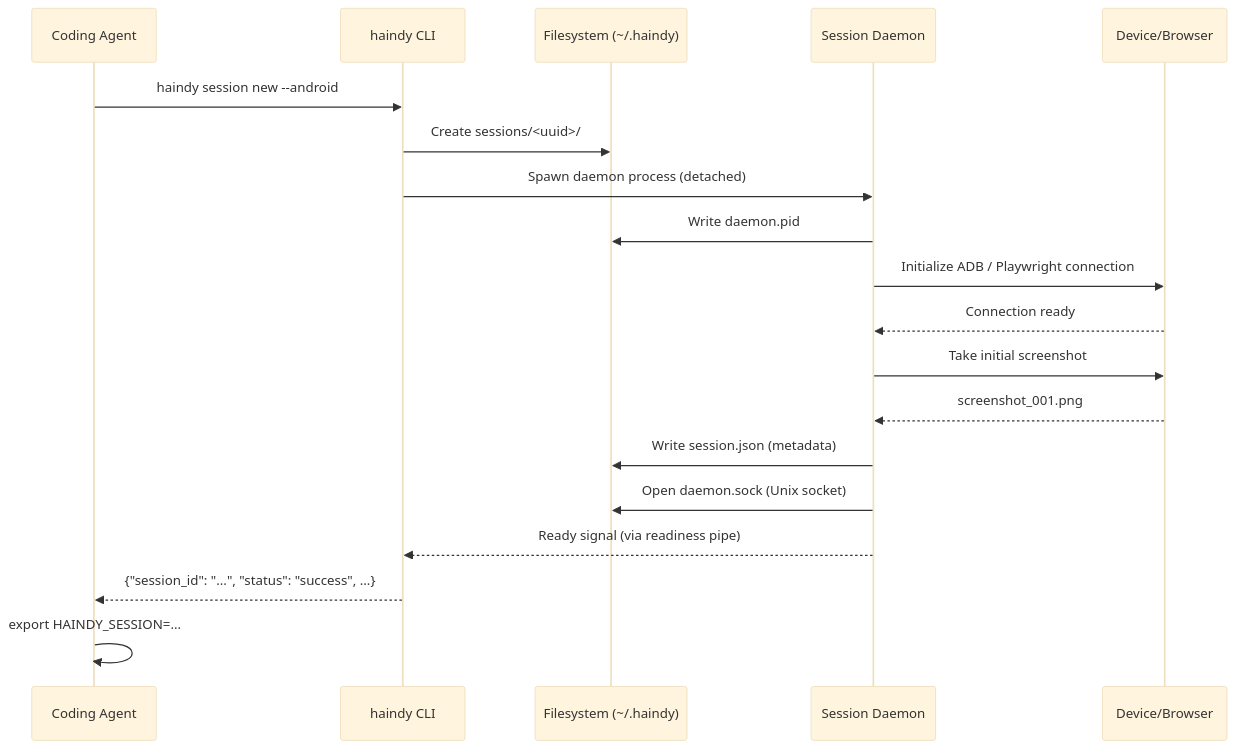
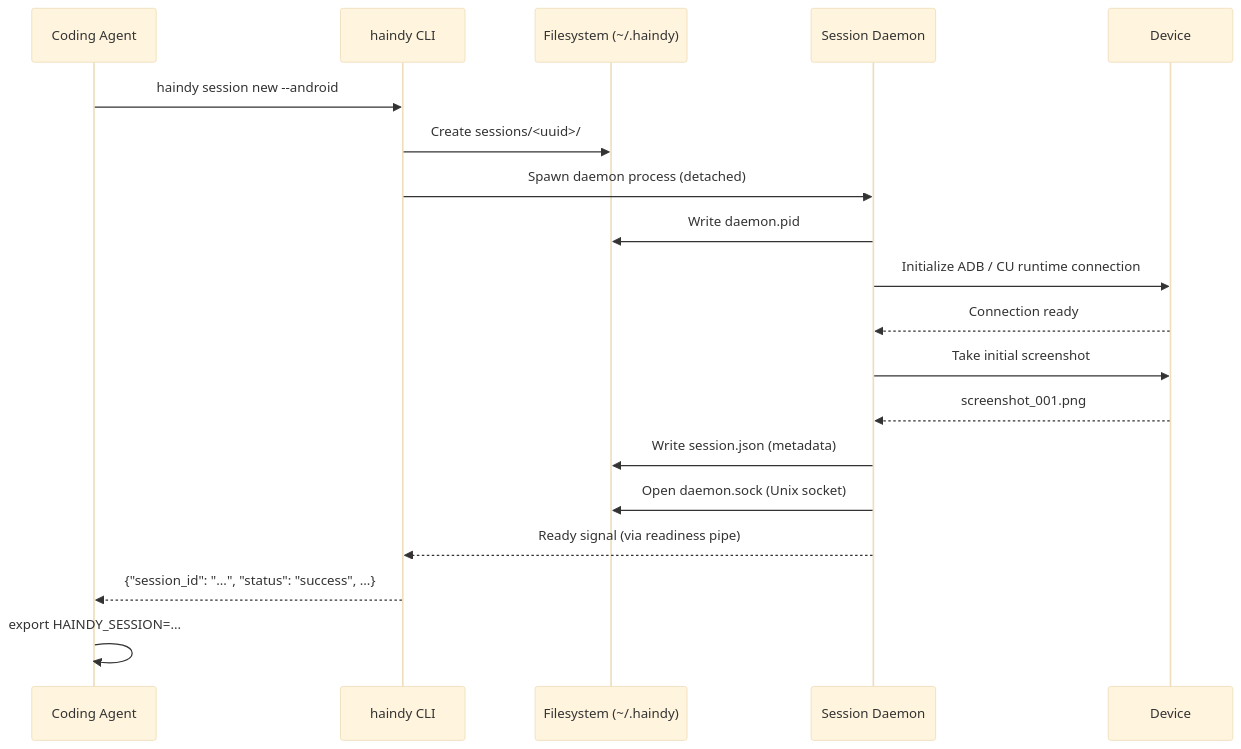
Before and after one commit to Haindy/haindy: the second of 4 diagrams in docs/design/tool-call-mode/SESSION_DAEMON.md, drawn with Mermaid (base theme). The commit also changed other lines of this file and 3 other files, not shown here.

````diff
--- a/docs/design/tool-call-mode/SESSION_DAEMON.md
+++ b/docs/design/tool-call-mode/SESSION_DAEMON.md
@@ -41,22 +41,22 @@
 ```mermaid
 sequenceDiagram
     participant CA as Coding Agent
     participant CLI as haindy CLI
     participant FS as Filesystem (~/.haindy)
     participant D as Session Daemon
-    participant DEV as Device/Browser
+    participant DEV as Device
 
     CA->>CLI: haindy session new --android
     CLI->>FS: Create sessions/<uuid>/
     CLI->>D: Spawn daemon process (detached)
     D->>FS: Write daemon.pid
-    D->>DEV: Initialize ADB / Playwright connection
+    D->>DEV: Initialize ADB / CU runtime connection
     DEV-->>D: Connection ready
     D->>DEV: Take initial screenshot
     DEV-->>D: screenshot_001.png
     D->>FS: Write session.json (metadata)
     D->>FS: Open daemon.sock (Unix socket)
     D-->>CLI: Ready signal (via readiness pipe)
     CLI-->>CA: {"session_id": "...", "status": "success", ...}
     CA->>CA: export HAINDY_SESSION=...
 ```
````
